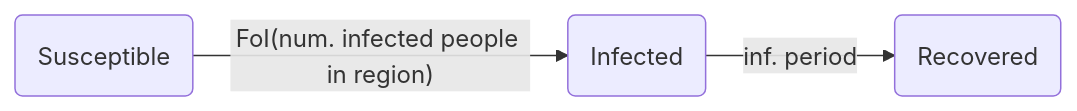
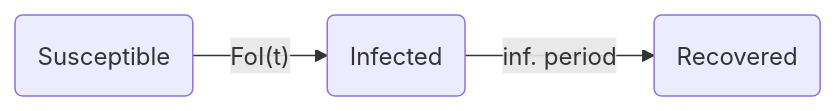
One commit to CDCgov/ixa changed the third of 3 diagrams in examples/infection-by-group/README.md. Above: the diagram before and after it, drawn with Mermaid. The commit also changed other lines of this file, not shown here.

Commit message:
pseudocode for time-varying infectiousness and region movement

````diff
--- a/examples/infection-by-group/README.md
+++ b/examples/infection-by-group/README.md
@@ -81,4 +72,4 @@
 ```mermaid
 flowchart LR
-S(Susceptible) --FoI(num. infected people in region)--> I(Infected) --inf. period--> R(Recovered)
+S(Susceptible) --FoI(t)--> I(Infected) --inf. period--> R(Recovered)
 ```
````
